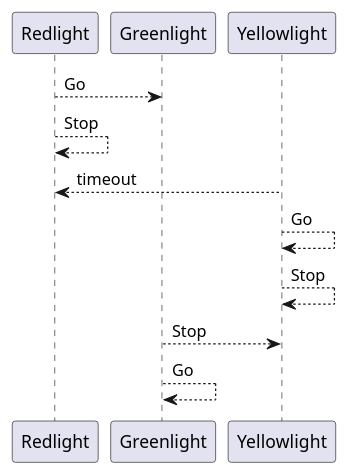
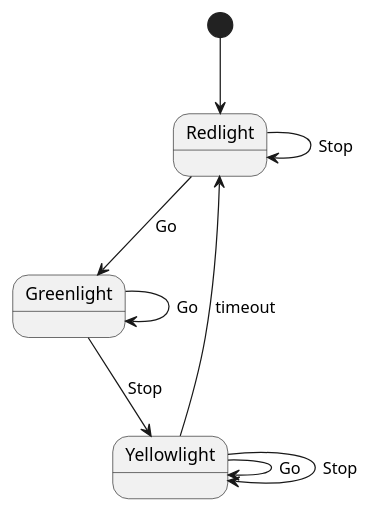
Before and after one commit to axelolafs/Embedded-Systems-Programming: the diagram in Projects/plantumltest/docs/diagrams/src/state.wsd, drawn with PlantUML.

```diff
--- a/Projects/plantumltest/docs/diagrams/src/state.wsd
+++ b/Projects/plantumltest/docs/diagrams/src/state.wsd
@@ -1,10 +1,11 @@
 @startuml trafficlight
+[*] --> Redlight 
 Redlight --> Greenlight : Go
 Redlight --> Redlight : Stop
 Yellowlight --> Redlight : timeout
 Yellowlight --> Yellowlight : Go
 Yellowlight --> Yellowlight : Stop
 Greenlight --> Yellowlight : Stop
 Greenlight --> Greenlight : Go
 
 @enduml
```
